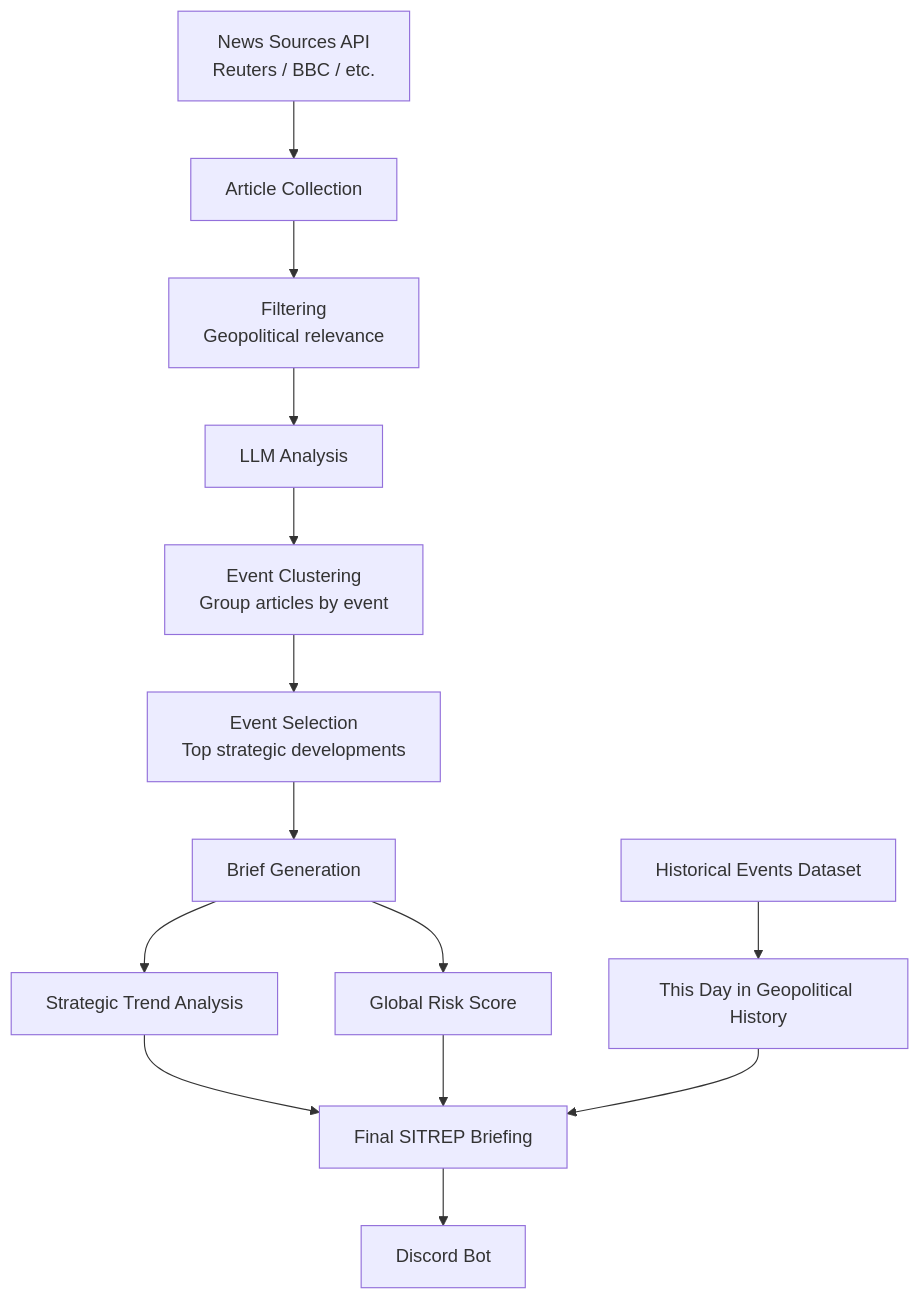
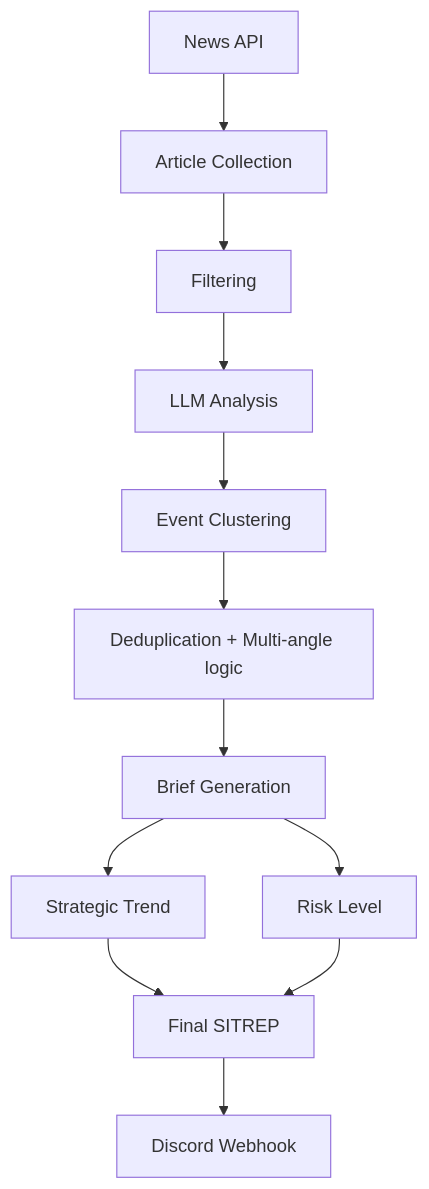
Before and after one commit to seravilofr/sitrep-bot: the diagram in README.md, drawn with Mermaid. The commit also changed other lines of this file, not shown here.

````diff
--- a/README.md
+++ b/README.md
@@ -141,28 +140,15 @@
 ```mermaid
 flowchart TD
 
-A[News Sources API<br>Reuters / BBC / etc.] --> B[Article Collection]
-
-B --> C[Filtering<br>Geopolitical relevance]
-
+A[News API] --> B[Article Collection]
+B --> C[Filtering]
 C --> D[LLM Analysis]
-
-D --> E[Event Clustering<br>Group articles by event]
-
-E --> F[Event Selection<br>Top strategic developments]
-
+D --> E[Event Clustering]
+E --> F[Deduplication + Multi-angle logic]
 F --> G[Brief Generation]
-
-G --> H[Strategic Trend Analysis]
-
-G --> I[Global Risk Score]
-
-J[Historical Events Dataset] --> K["This Day in Geopolitical History"]
-
-H --> L[Final SITREP Briefing]
-I --> L
-K --> L
-
-L --> M[Discord Bot]
-
+G --> H[Strategic Trend]
+G --> I[Risk Level]
+H --> J[Final SITREP]
+I --> J
+J --> K[Discord Webhook]
 ```
````
